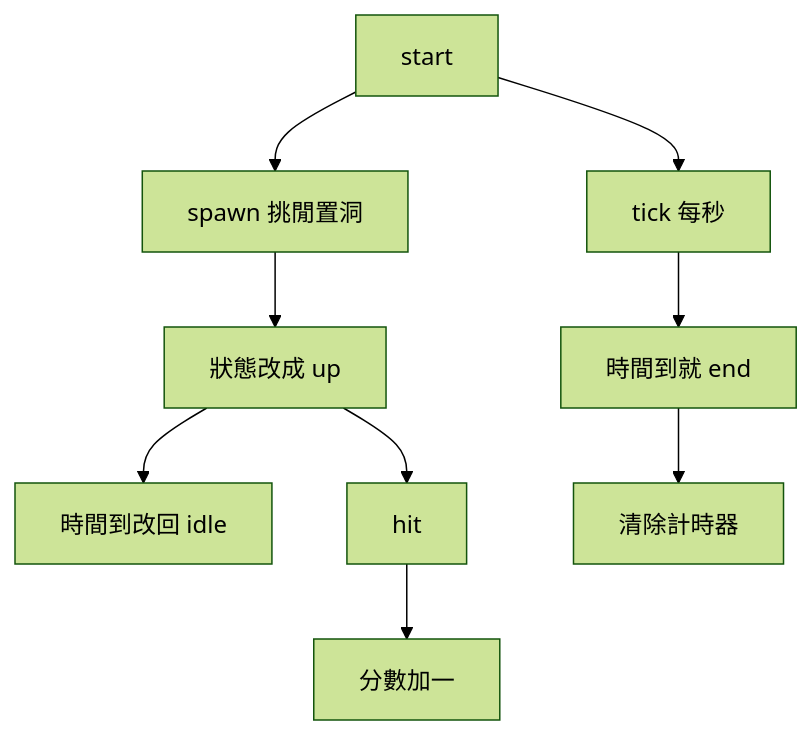
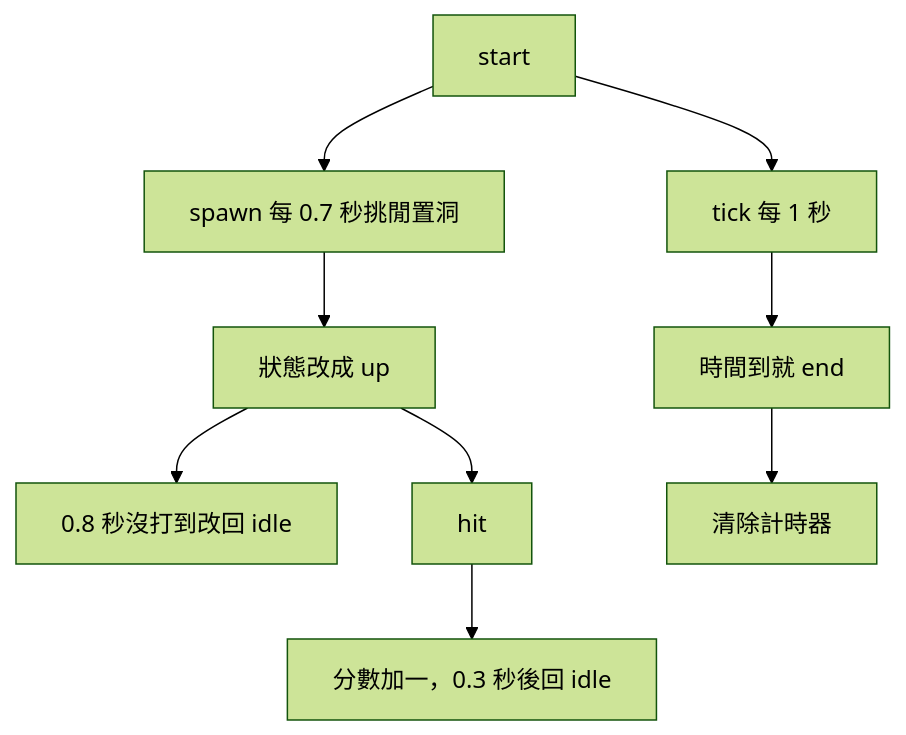
Diagram 12 of 12 in source/_posts/lokiTech-15day-07-js-dom.md (summer10920/summer10920.github.io), drawn with Mermaid (forest theme) before and after one commit. The commit also changed other lines of this file and 17 other files, not shown here.

```diff
--- a/source/_posts/lokiTech-15day-07-js-dom.md
+++ b/source/_posts/lokiTech-15day-07-js-dom.md
@@ -5676,10 +4437,10 @@
 {% mermaid graph TD %}
-startNode["start"] --> tickNode["tick 每秒"]
-startNode --> spawnNode["spawn 挑閒置洞"]
+startNode["start"] --> tickNode["tick 每 1 秒"]
+startNode --> spawnNode["spawn 每 0.7 秒挑閒置洞"]
 spawnNode --> upNode["狀態改成 up"]
-upNode --> hideNode["時間到改回 idle"]
+upNode --> hideNode["0.8 秒沒打到改回 idle"]
 upNode --> hitNode["hit"]
-hitNode --> scoreNode["分數加一"]
+hitNode --> scoreNode["分數加一，0.3 秒後回 idle"]
 tickNode --> endNode["時間到就 end"]
 endNode --> clearNode["清除計時器"]
 {% endmermaid %}
```
